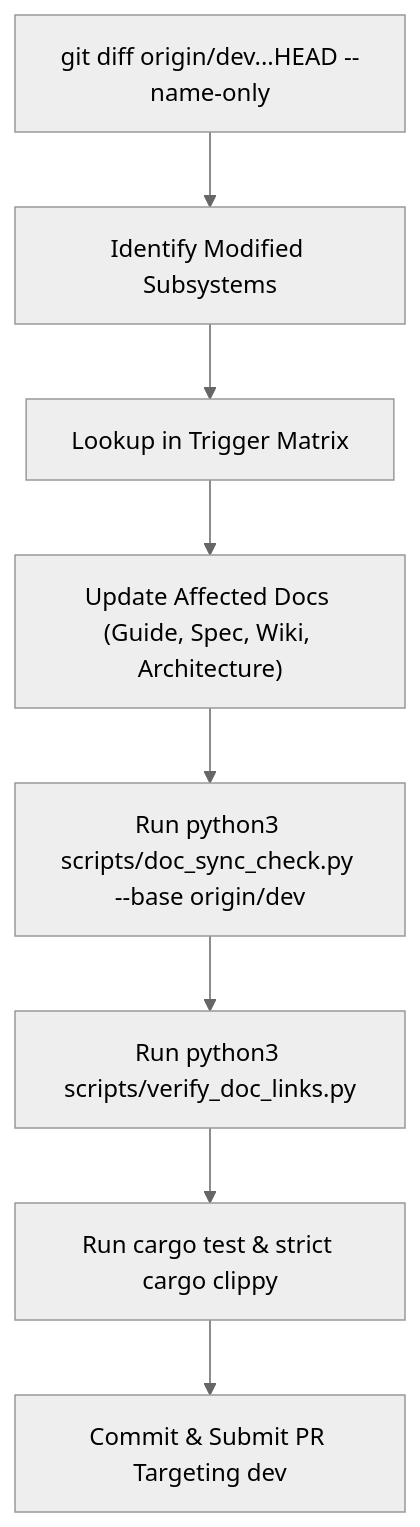
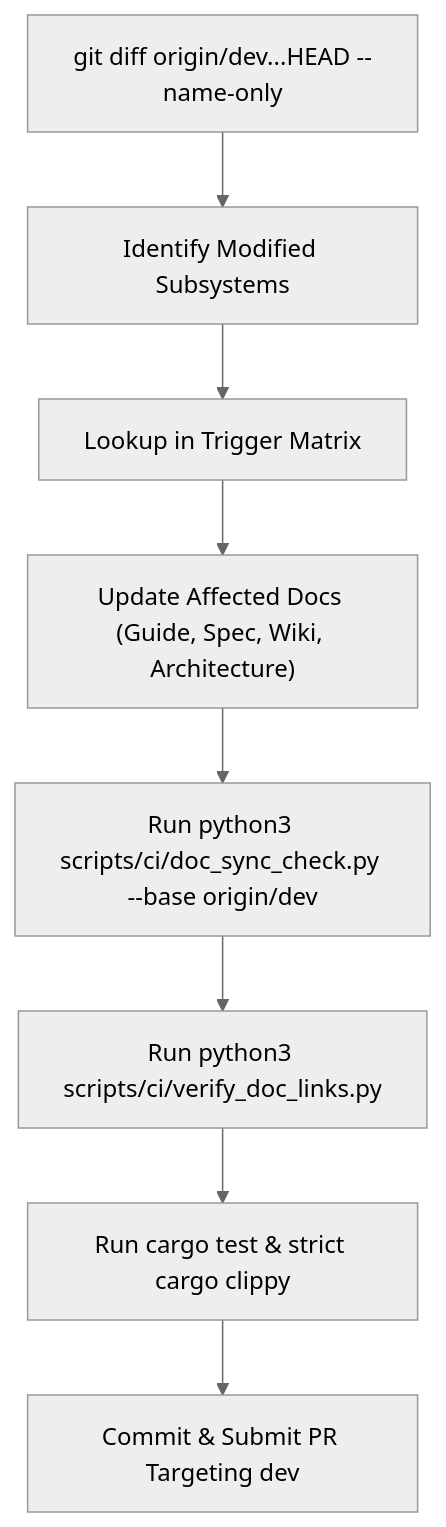
Before and after one commit to Jehudme/solix-language: the diagram in docs/guidelines/documentation-update-protocol.md, drawn with Mermaid (neutral theme). The commit also changed other lines of this file and 28 other files, not shown here.

````diff
--- a/docs/guidelines/documentation-update-protocol.md
+++ b/docs/guidelines/documentation-update-protocol.md
@@ -82,10 +82,10 @@
 ```mermaid
 flowchart TD
     DiffStep["git diff origin/dev...HEAD --name-only"] --> IdentifyStep["Identify Modified Subsystems"]
     IdentifyStep --> MatrixStep["Lookup in Trigger Matrix"]
     MatrixStep --> UpdateDocs["Update Affected Docs (Guide, Spec, Wiki, Architecture)"]
-    UpdateDocs --> RunSync["Run python3 scripts/doc_sync_check.py --base origin/dev"]
-    RunSync --> RunLinks["Run python3 scripts/verify_doc_links.py"]
+    UpdateDocs --> RunSync["Run python3 scripts/ci/doc_sync_check.py --base origin/dev"]
+    RunSync --> RunLinks["Run python3 scripts/ci/verify_doc_links.py"]
     RunLinks --> DoublePass["Run cargo test & strict cargo clippy"]
     DoublePass --> SubmitPr["Commit & Submit PR Targeting dev"]
 ```
````
